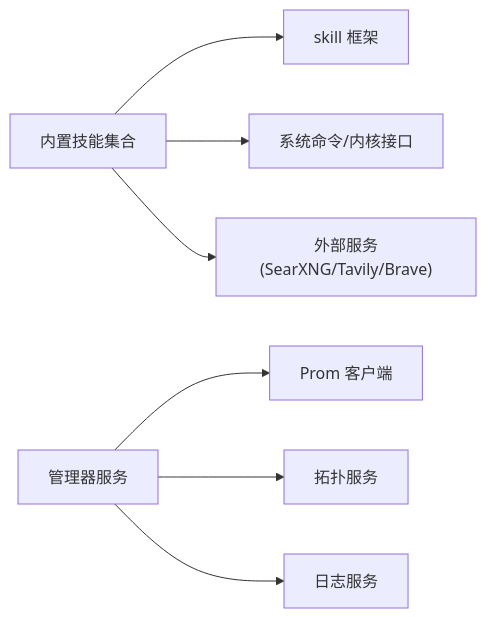
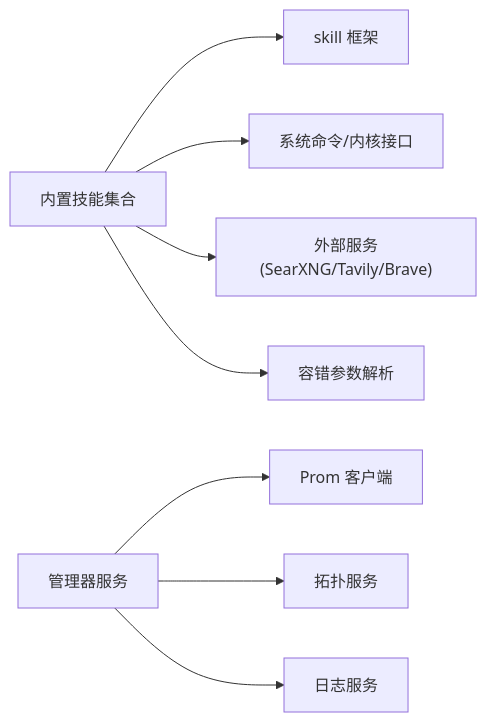
The sixth of 6 diagrams in .qoder/repowiki/zh/content/AI Agent 系统/工具系统/内置工具集/内置工具集.md (xied1133-oss/ongrid), drawn with Mermaid before and after one commit. The commit also changed other lines of this file and 30 other files, not shown here.

````diff
--- a/.qoder/repowiki/zh/content/AI Agent 系统/工具系统/内置工具集/内置工具集.md
+++ b/.qoder/repowiki/zh/content/AI Agent 系统/工具系统/内置工具集/内置工具集.md
@@ -226,9 +306,10 @@
 ```mermaid
 graph LR
 SK["内置技能集合"] --> FR["skill 框架"]
 SK --> OS["系统命令/内核接口"]
 SK --> EXT["外部服务(SearXNG/Tavily/Brave)"]
+SK --> LA["容错参数解析"]
 MGR["管理器服务"] --> PR["Prom 客户端"]
 MGR --> TP["拓扑服务"]
 MGR --> LG["日志服务"]
 ```
````
